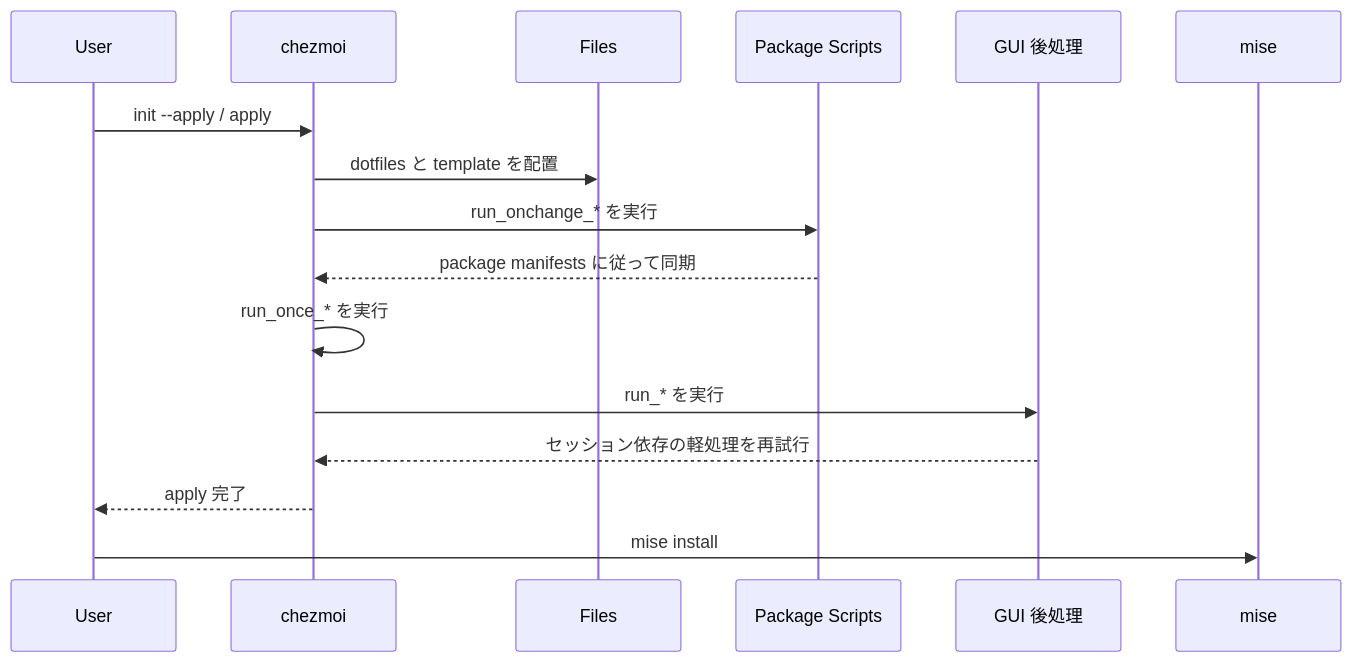
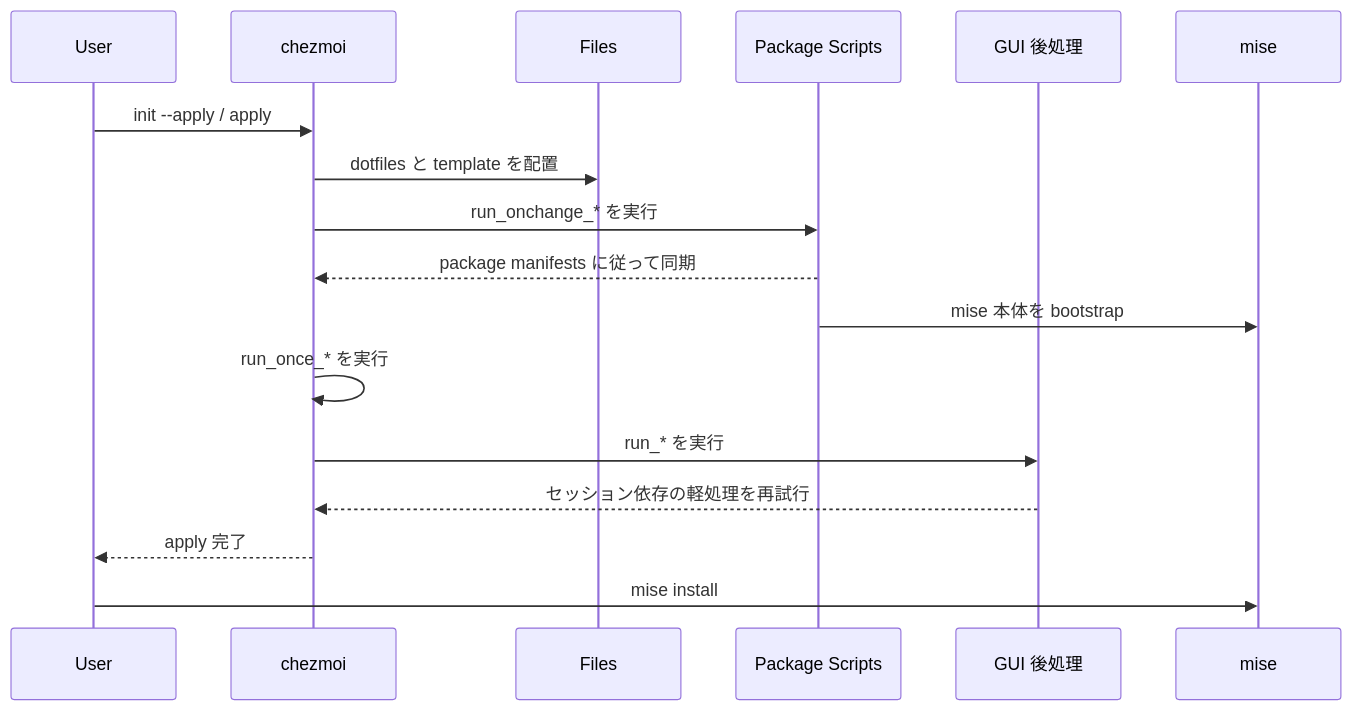
One commit to TomiXRM/dotfiles changed the second of 3 diagrams in docs/architecture.md. Above: the diagram before and after it, drawn with Mermaid. The commit also changed other lines of this file and 6 other files, not shown here.

Commit message:
Bootstrap mise with shared installer

````diff
--- a/docs/architecture.md
+++ b/docs/architecture.md
@@ -79,19 +79,20 @@
 ```mermaid
 sequenceDiagram
     participant U as User
     participant C as chezmoi
     participant F as Files
     participant P as Package Scripts
     participant G as GUI 後処理
     participant M as mise
 
     U->>C: init --apply / apply
     C->>F: dotfiles と template を配置
     C->>P: run_onchange_* を実行
     P-->>C: package manifests に従って同期
+    P->>M: mise 本体を bootstrap
     C->>C: run_once_* を実行
     C->>G: run_* を実行
     G-->>C: セッション依存の軽処理を再試行
     C-->>U: apply 完了
     U->>M: mise install
 ```
````
